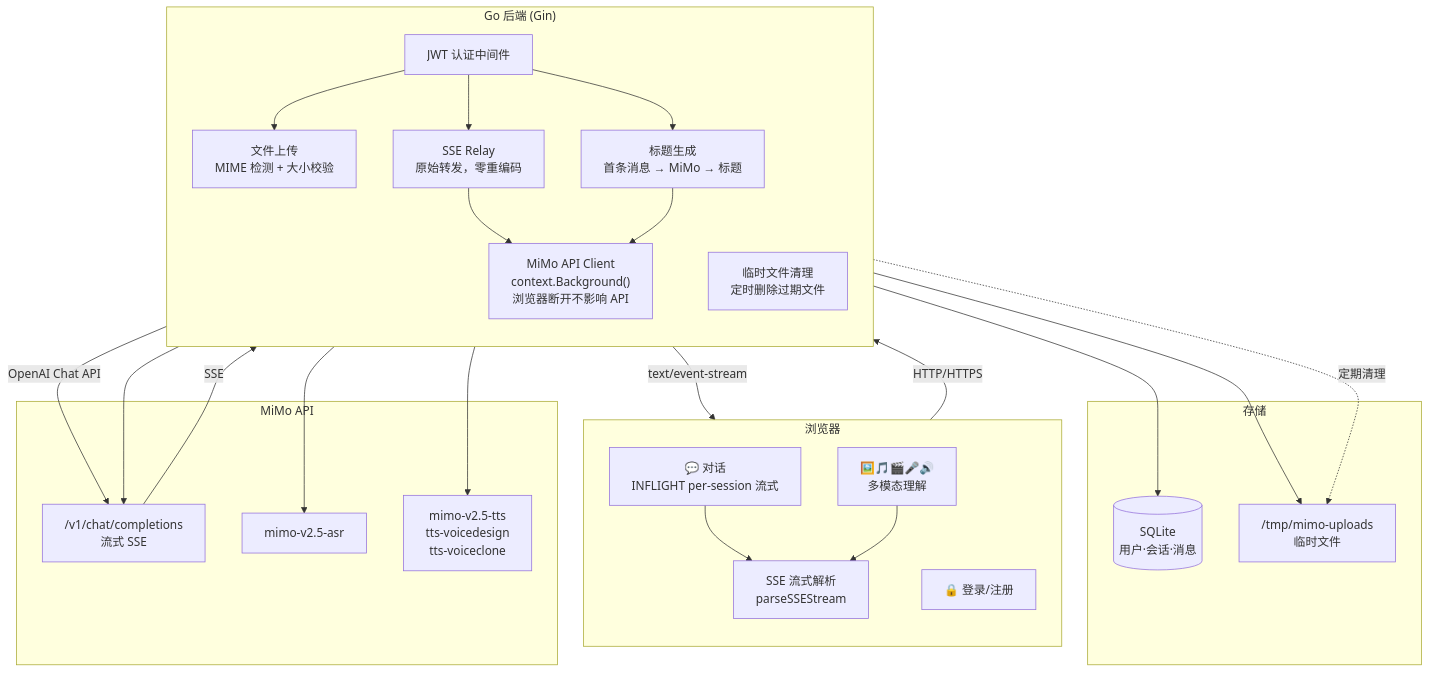
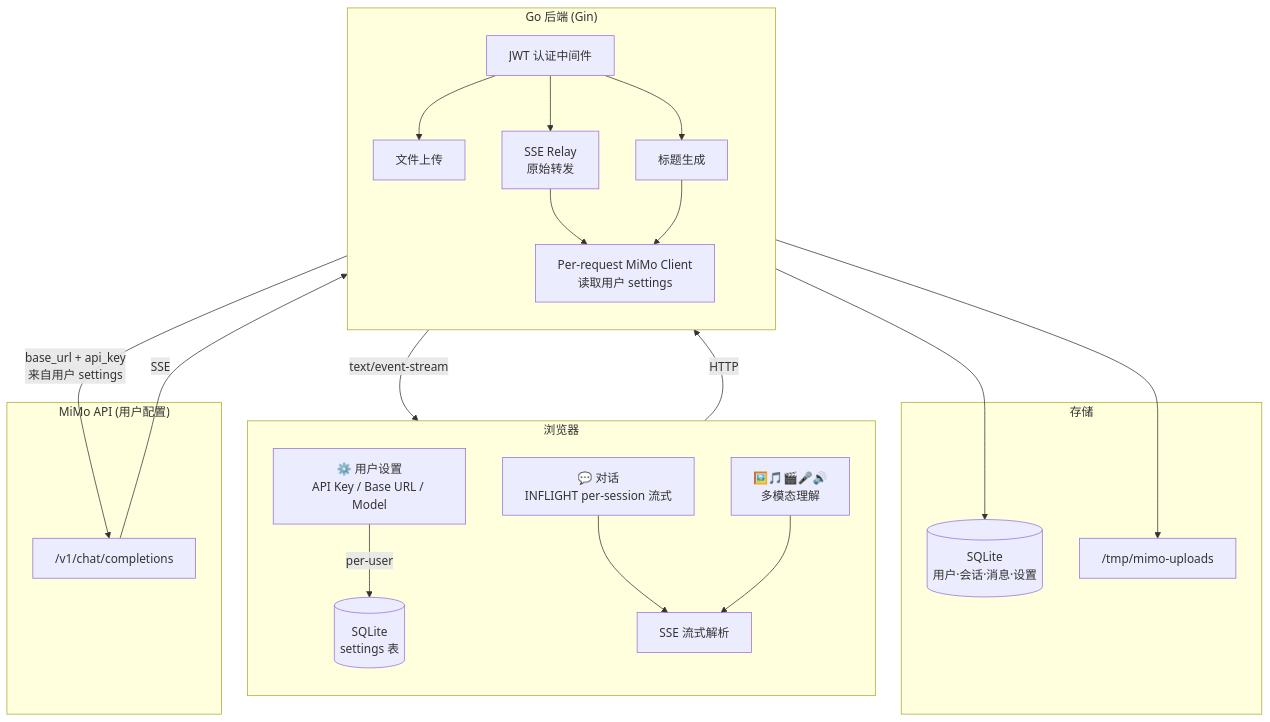
One commit to GreyRaphael/mimo-webui-go changed the diagram in README.md. Above: the diagram before and after it, drawn with Mermaid. The commit also changed other lines of this file and 21 other files, not shown here.

First line of the commit message:
feat: per-user settings + dynamic model version + README update

````diff
--- a/README.md
+++ b/README.md
@@ -18,49 +23,39 @@
 ```mermaid
 graph TB
     subgraph Browser["浏览器"]
         direction TB
+        Settings["⚙️ 用户设置<br/>API Key / Base URL / Model"]
         Chat["💬 对话<br/>INFLIGHT per-session 流式"]
         Multi["🖼️🎵🎬🎤🔊<br/>多模态理解"]
-        Auth["🔒 登录/注册"]
 
-        Chat --> SSE["SSE 流式解析<br/>parseSSEStream"]
+        Settings -->|"per-user"| DB1[("SQLite<br/>settings 表")]
+        Chat --> SSE["SSE 流式解析"]
         Multi --> SSE
     end
 
     subgraph GoServer["Go 后端 (Gin)"]
         direction TB
         MW["JWT 认证中间件"]
-        Upload["文件上传<br/>MIME 检测 + 大小校验"]
-        Relay["SSE Relay<br/>原始转发，零重编码"]
-        Client["MiMo API Client<br/>context.Background()<br/>浏览器断开不影响 API"]
-        Title["标题生成<br/>首条消息 → MiMo → 标题"]
-        Cleanup["临时文件清理<br/>定时删除过期文件"]
+        Upload["文件上传"]
+        Relay["SSE Relay<br/>原始转发"]
+        Client["Per-request MiMo Client<br/>读取用户 settings"]
+        Title["标题生成"]
     end
 
     subgraph Storage["存储"]
-        SQLite[("SQLite<br/>用户·会话·消息")]
-        TmpFS["/tmp/mimo-uploads<br/>临时文件"]
+        SQLite[("SQLite<br/>用户·会话·消息·设置")]
+        TmpFS["/tmp/mimo-uploads"]
     end
 
-    subgraph MiMo["MiMo API"]
-        ChatAPI["/v1/chat/completions<br/>流式 SSE"]
-        ASRAPI["mimo-v2.5-asr"]
-        TTSAPI["mimo-v2.5-tts<br/>tts-voicedesign<br/>tts-voiceclone"]
+    subgraph MiMo["MiMo API (用户配置)"]
+        ChatAPI["/v1/chat/completions"]
     end
 
-    Browser -->|"HTTP/HTTPS"| MW
-    MW --> Upload
-    MW --> Relay
-    MW --> Title
+    Browser -->|HTTP| MW
+    MW --> Upload & Relay & Title
     Upload --> TmpFS
-    Relay --> Client
-    Title --> Client
-    Client -->|OpenAI Chat API| ChatAPI
-    Client --> ChatAPI
-    Client --> ASRAPI
-    Client --> TTSAPI
-    ChatAPI -->|SSE| Relay
-    Relay -->|"text/event-stream"| Browser
+    Relay & Title --> Client
+    Client -->|"base_url + api_key<br/>来自用户 settings"| ChatAPI
+    ChatAPI -->|SSE| Relay -->|text/event-stream| Browser
     MW --> SQLite
-    Cleanup -.->|定期清理| TmpFS
 ```
````
